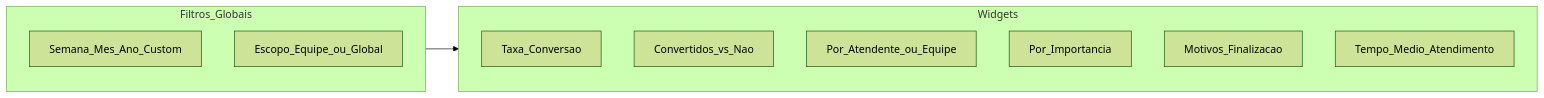
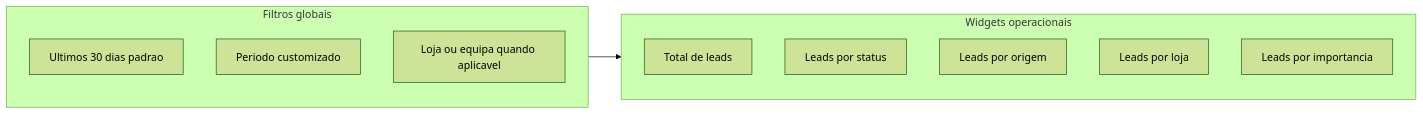
The seventh of 8 diagrams in docs/architecture/frontend-information-architecture.md (ErrorSquad-ABP/ABP3-Sistema-Gestao-Leads), drawn with Mermaid (forest theme) before and after one commit. The commit also changed other lines of this file and 6 other files, not shown here.

````diff
--- a/docs/architecture/frontend-information-architecture.md
+++ b/docs/architecture/frontend-information-architecture.md
@@ -190,16 +322,18 @@
 ```mermaid
 flowchart LR
-  subgraph filtros [Filtros_Globais]
-    F1[Semana_Mes_Ano_Custom]
-    F2[Escopo_Equipe_ou_Global]
+  subgraph Filtros[Filtros globais]
+    F1[Ultimos 30 dias padrao]
+    F2[Periodo customizado]
+    F3[Loja ou equipa quando aplicavel]
   end
-  subgraph widgets [Widgets]
-    W1[Taxa_Conversao]
-    W2[Convertidos_vs_Nao]
-    W3[Por_Atendente_ou_Equipe]
-    W4[Por_Importancia]
-    W5[Motivos_Finalizacao]
-    W6[Tempo_Medio_Atendimento]
+
+  subgraph Widgets[Widgets operacionais]
+    O1[Total de leads]
+    O2[Leads por status]
+    O3[Leads por origem]
+    O4[Leads por loja]
+    O5[Leads por importancia]
   end
-  filtros --> widgets
+
+  Filtros --> Widgets
 ```
````
